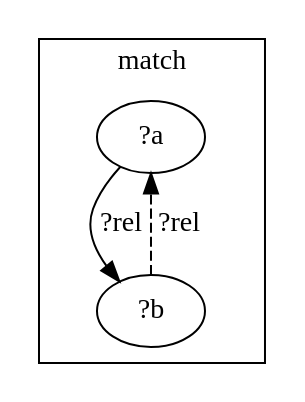
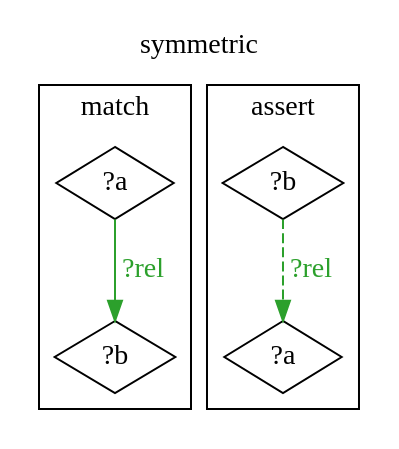
The first of 5 diagrams in docs/ein/user/02-guide/02-first-rules.md (agutikov/ein), drawn with Graphviz before and after one commit. The commit also changed other lines of this file and 8 other files, not shown here.

````diff
--- a/docs/ein/user/02-guide/02-first-rules.md
+++ b/docs/ein/user/02-guide/02-first-rules.md
@@ -50,6 +51,16 @@
 ```dot
-digraph {
-  subgraph cluster_lhs { label="match";  "?a" -> "?b" [label="?rel"]; }
-  subgraph cluster_rhs { label="assert"; "?b" -> "?a" [label="?rel", style=dashed]; }
+digraph rule_symmetric_lhs_rhs {
+  rankdir=TB;
+  label="symmetric"; labelloc=t;
+  subgraph cluster_lhs { label="match";
+    "?a_L" [label="?a", shape=diamond];
+    "?b_L" [label="?b", shape=diamond];
+    "?a_L" -> "?b_L" [label="?rel", color="#2ca02c", fontcolor="#2ca02c"];
+  }
+  subgraph cluster_rhs { label="assert";
+    "?b_R" [label="?b", shape=diamond];
+    "?a_R" [label="?a", shape=diamond];
+    "?b_R" -> "?a_R" [label="?rel", color="#2ca02c", fontcolor="#2ca02c", style=dashed];
+  }
 }
 ```
````
